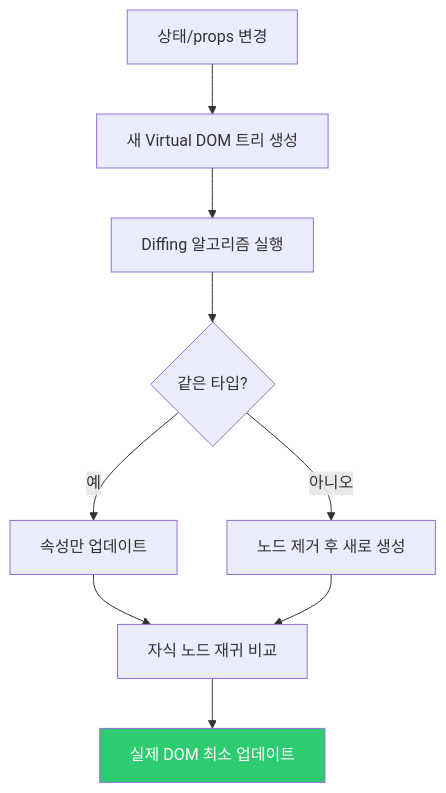
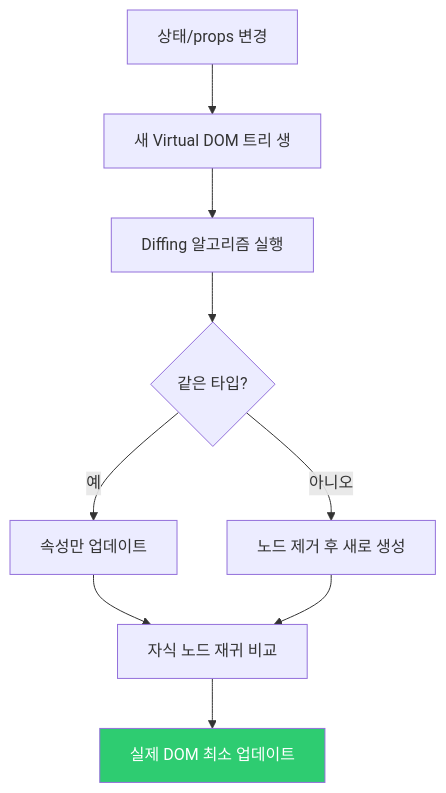
One commit to yjkim2015/yjkim2015.github.io changed the second of 6 diagrams in _posts/frontend/2026-05-02-react-fundamentals.md. Above: the diagram before and after it, drawn with Mermaid. The commit also changed other lines of this file and 271 other files, not shown here.

First line of the commit message:
Mermaid 라벨 축소: 긴 노드 텍스트 18자 이하로 트림 + \n 제거

````diff
--- a/_posts/frontend/2026-05-02-react-fundamentals.md
+++ b/_posts/frontend/2026-05-02-react-fundamentals.md
@@ -80,12 +80,12 @@
 ```mermaid
 flowchart TD
-    A["상태/props 변경"] --> B["새 Virtual DOM 트리 생성"]
+    A["상태/props 변경"] --> B["새 Virtual DOM 트리 생"]
     B --> C["Diffing 알고리즘 실행"]
     C --> D{"같은 타입?"}
     D -->|"예"| E["속성만 업데이트"]
     D -->|"아니오"| F["노드 제거 후 새로 생성"]
     E --> G["자식 노드 재귀 비교"]
     F --> G
     G --> H["실제 DOM 최소 업데이트"]
     style H fill:#2ecc71,color:#fff
 ```
````
